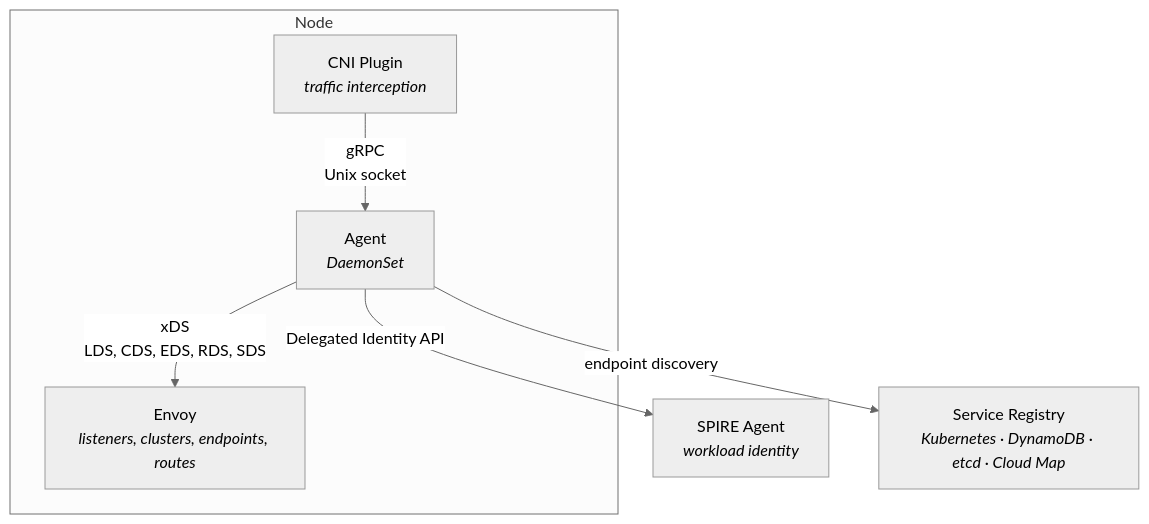
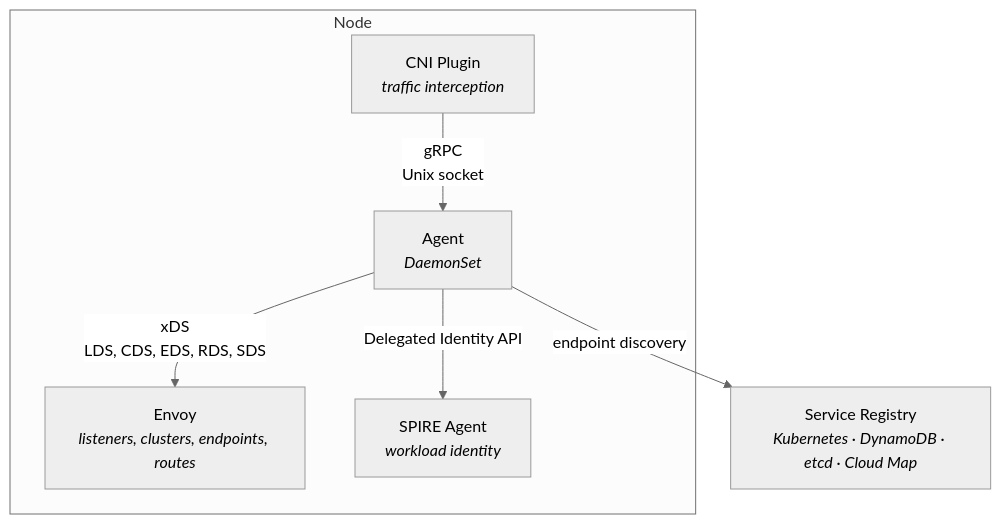
One commit to bpalermo/aether changed the diagram in README.md. Above: the diagram before and after it, drawn with Mermaid (neutral theme).

Commit message:
Move SPIRE Agent inside Node subgraph in architecture diagram

````diff
--- a/README.md
+++ b/README.md
@@ -7,17 +7,16 @@
 ```mermaid
 graph TD
     subgraph Node
         CNI["CNI Plugin<br/><i>traffic interception</i>"]
         Agent["Agent<br/><i>DaemonSet</i>"]
         Envoy["Envoy<br/><i>listeners, clusters, endpoints, routes</i>"]
+        SPIRE["SPIRE Agent<br/><i>workload identity</i>"]
 
         CNI -- "gRPC<br/>Unix socket" --> Agent
         Agent -- "xDS<br/>LDS, CDS, EDS, RDS, SDS" --> Envoy
+        Agent -- "Delegated Identity API" --> SPIRE
     end
-
-    SPIRE["SPIRE Agent<br/><i>workload identity</i>"]
-    Agent -- "Delegated Identity API" --> SPIRE
 
     Registry["Service Registry<br/><i>Kubernetes · DynamoDB · etcd · Cloud Map</i>"]
     Agent -- "endpoint discovery" --> Registry
 ```
````
